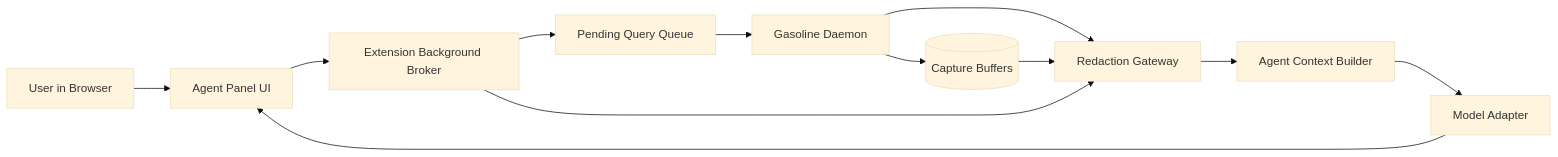
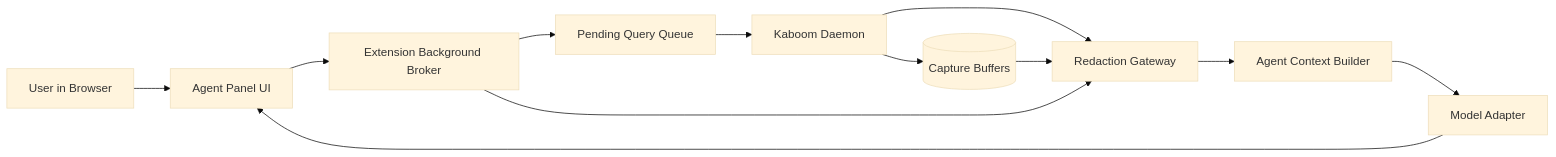
One commit to brennhill/gasoline-mcp-ai-devtools changed the diagram in docs/features/feature/in-browser-agent-panel/tech-spec.md. Above: the diagram before and after it, drawn with Mermaid (base theme). The commit also changed other lines of this file and 1983 other files, not shown here.

````diff
--- a/docs/features/feature/in-browser-agent-panel/tech-spec.md
+++ b/docs/features/feature/in-browser-agent-panel/tech-spec.md
@@ -29,15 +29,15 @@
 ```mermaid
 flowchart LR
     U[User in Browser] --> P[Agent Panel UI]
     P --> B[Extension Background Broker]
     B --> Q[Pending Query Queue]
-    Q --> S[Gasoline Daemon]
+    Q --> S[Kaboom Daemon]
     S --> C[(Capture Buffers)]
     S --> R[Redaction Gateway]
     R --> A[Agent Context Builder]
     A --> M[Model Adapter]
     M --> P
 
     C --> R
     B --> R
 ```
````
